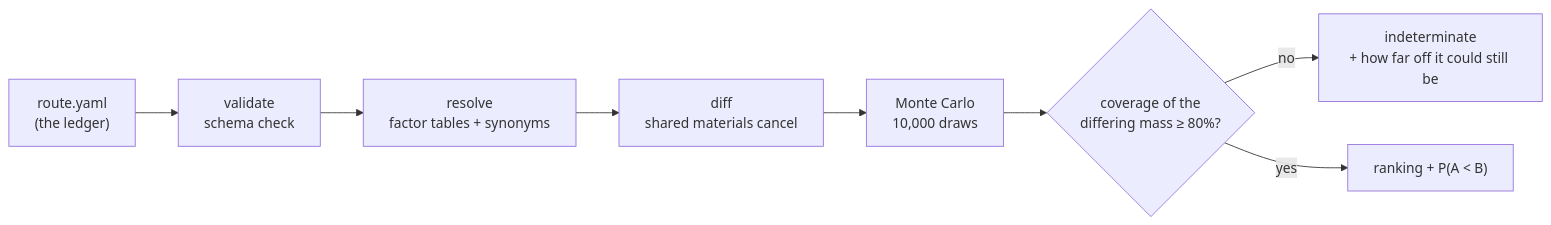
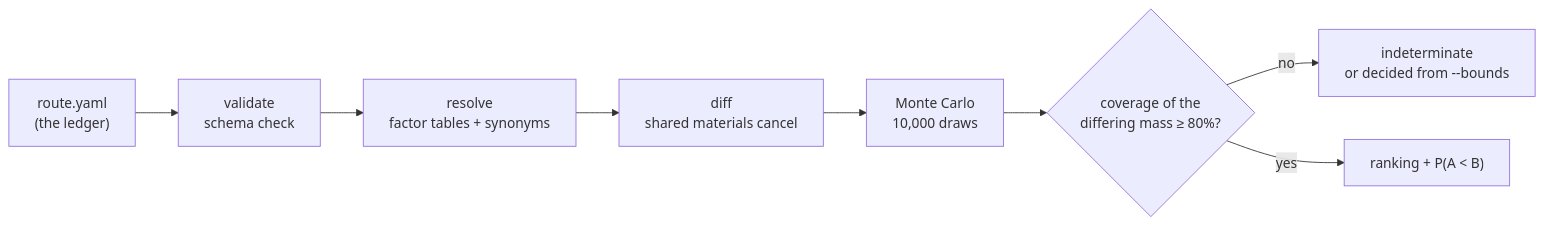
The first of 2 diagrams in README.md (yktsnd/carbonroute), drawn with Mermaid before and after one commit. The commit also changed other lines of this file and 1 other file, not shown here.

````diff
--- a/README.md
+++ b/README.md
@@ -67,10 +260,10 @@
 ```mermaid
 flowchart LR
     L["route.yaml<br/>(the ledger)"] --> V["validate<br/>schema check"]
     V --> R["resolve<br/>factor tables + synonyms"]
     R --> D["diff<br/>shared materials cancel"]
     D --> M["Monte Carlo<br/>10,000 draws"]
     M --> G{"coverage of the<br/>differing mass ≥ 80%?"}
-    G -->|no| I["indeterminate<br/>+ how far off it could still be"]
+    G -->|no| I["indeterminate<br/>or decided from --bounds"]
     G -->|yes| O["ranking + P(A &lt; B)"]
 ```
````
